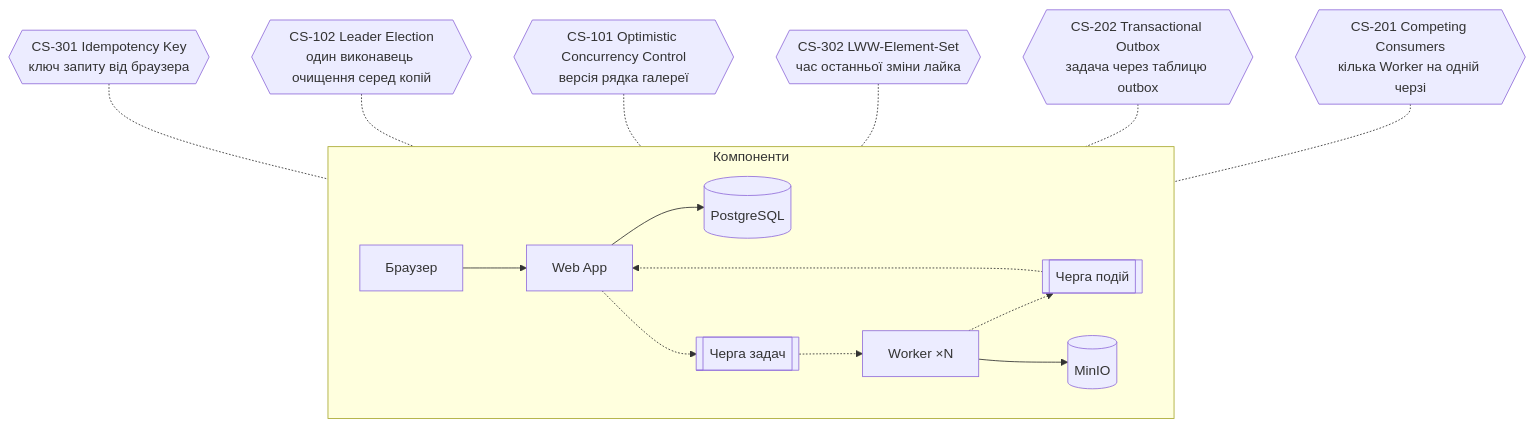
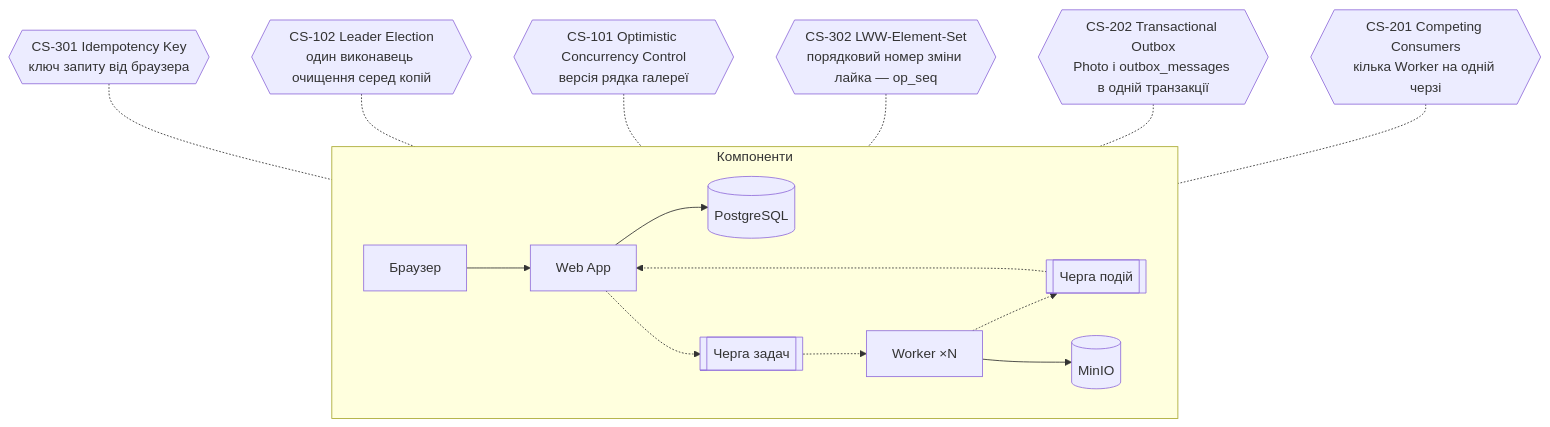
One commit to alonasaienko/picpick changed the diagram in docs/06-concurrency/README.md. Above: the diagram before and after it, drawn with Mermaid.

Commit message:
docs(concurrency): link outbox to PostgreSQL and use op_seq in overview

````diff
--- a/docs/06-concurrency/README.md
+++ b/docs/06-concurrency/README.md
@@ -34,20 +34,20 @@
 ```mermaid
 flowchart TB
     subgraph arch["Компоненти"]
         direction LR
         browser["Браузер"] --> webapp["Web App"]
         webapp --> postgres[("PostgreSQL")]
         webapp -.-> tasks[["Черга задач"]]
         tasks -.-> worker["Worker ×N"]
         worker -.-> events[["Черга подій"]]
         events -.-> webapp
         worker --> minio[("MinIO")]
     end
 
     cs301{{"CS-301 Idempotency Key<br/>ключ запиту від браузера"}} -.- webapp
     cs102{{"CS-102 Leader Election<br/>один виконавець очищення серед копій"}} -.- webapp
     cs101{{"CS-101 Optimistic Concurrency Control<br/>версія рядка галереї"}} -.- postgres
-    cs302{{"CS-302 LWW-Element-Set<br/>час останньої зміни лайка"}} -.- postgres
-    cs202{{"CS-202 Transactional Outbox<br/>задача через таблицю outbox"}} -.- tasks
+    cs302{{"CS-302 LWW-Element-Set<br/>порядковий номер зміни лайка — op_seq"}} -.- postgres
+    cs202{{"CS-202 Transactional Outbox<br/>Photo і outbox_messages в одній транзакції"}} -.- postgres
     cs201{{"CS-201 Competing Consumers<br/>кілька Worker на одній черзі"}} -.- worker
 ```
````
